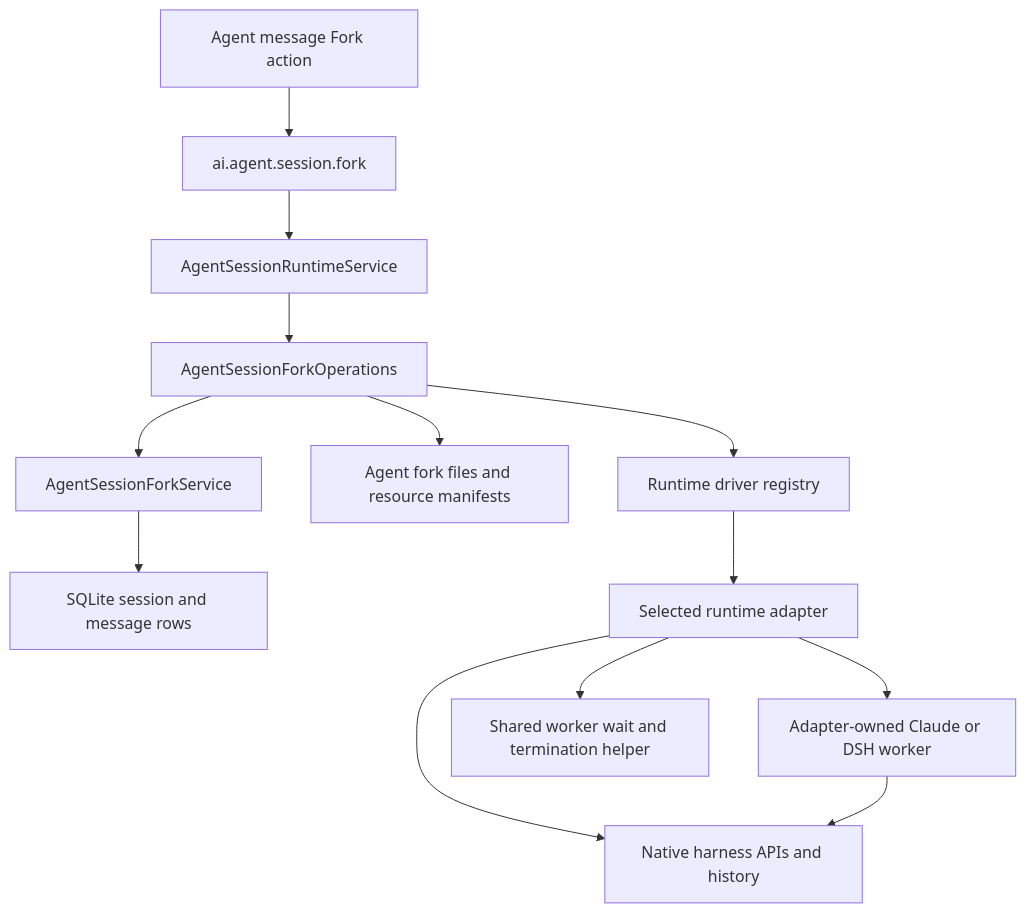
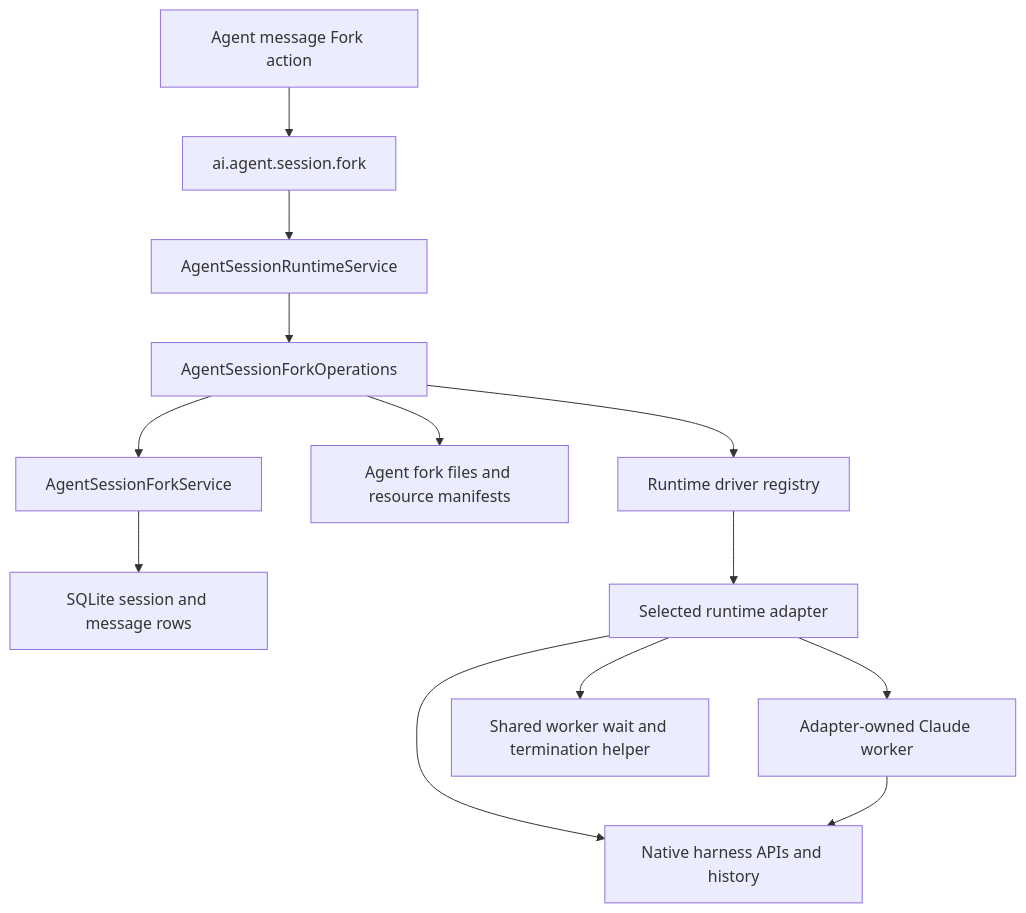
The diagram in docs/references/ai/agent-session-fork.md (DrOlu/SuperAgent), drawn with Mermaid before and after one commit. The commit also changed other lines of this file and 368 other files, not shown here.

````diff
--- a/docs/references/ai/agent-session-fork.md
+++ b/docs/references/ai/agent-session-fork.md
@@ -45,15 +43,15 @@
 ```mermaid
 flowchart TD
   UI[Agent message Fork action] --> IPC[ai.agent.session.fork]
   IPC --> Host[AgentSessionRuntimeService]
   Host --> Op[AgentSessionForkOperations]
   Op --> Data[AgentSessionForkService]
   Data --> DB[SQLite session and message rows]
   Op --> Files[Agent fork files and resource manifests]
   Op --> Registry[Runtime driver registry]
   Registry --> Adapter[Selected runtime adapter]
   Adapter --> SDK[Native harness APIs and history]
-  Adapter --> Worker[Adapter-owned Claude or DSH worker]
+  Adapter --> Worker[Adapter-owned Claude worker]
   Adapter --> Wait[Shared worker wait and termination helper]
   Worker --> SDK
 ```
````
